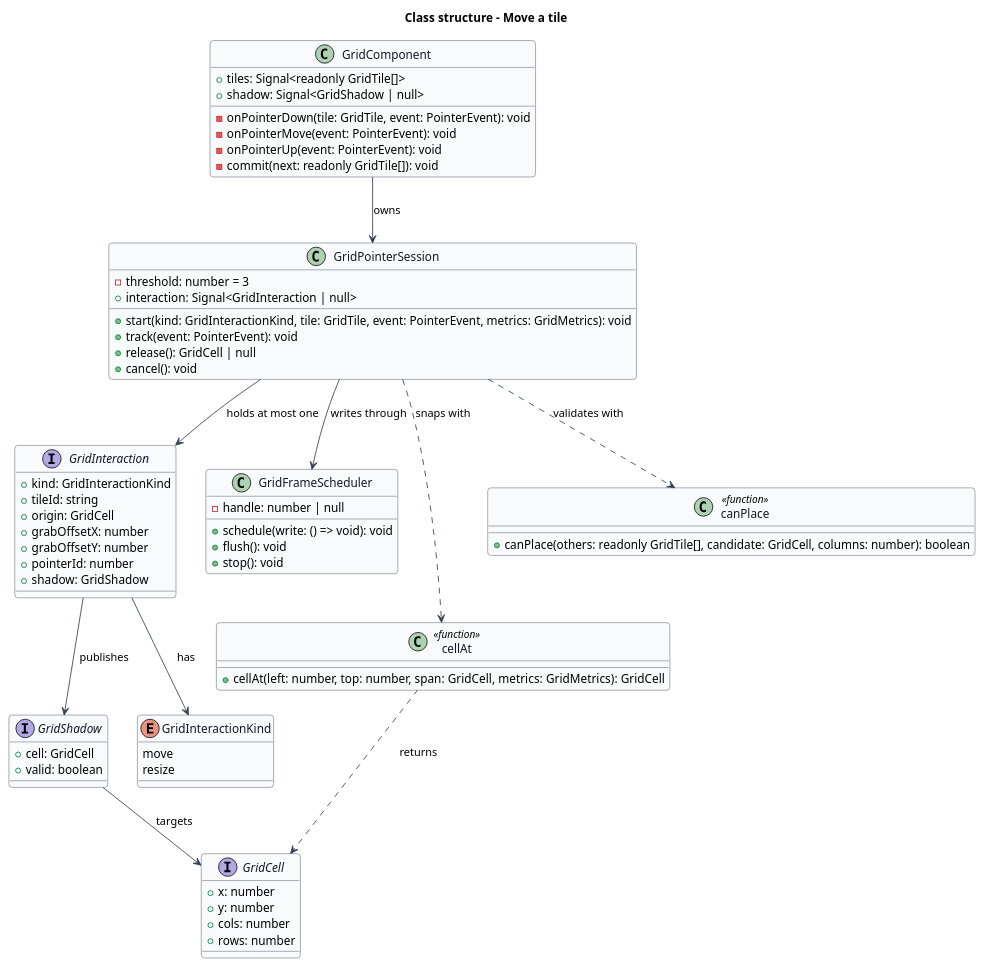
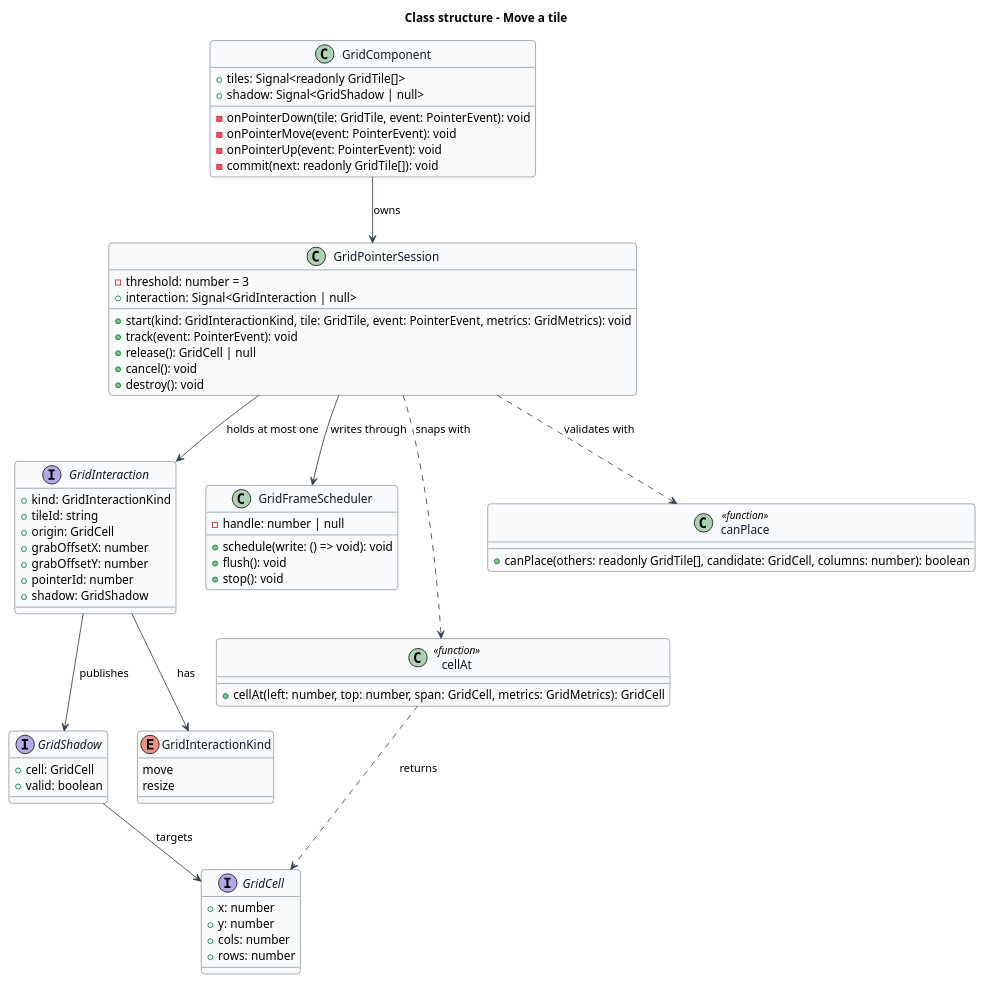
The diagram in docs/detailed-designs/tile-interaction/move-a-tile/diagrams/class-structure.puml (QuinntyneBrown/qbc-grid), drawn with PlantUML before and after one commit. The commit also changed 66 other files, not shown here.

```diff
--- a/docs/detailed-designs/tile-interaction/move-a-tile/diagrams/class-structure.puml
+++ b/docs/detailed-designs/tile-interaction/move-a-tile/diagrams/class-structure.puml
@@ -1,85 +1,86 @@
 @startuml
 ' --- shared skin header ---
 skinparam backgroundColor #FFFFFF
 skinparam shadowing false
 skinparam roundcorner 8
 skinparam defaultFontName Arial
 skinparam ArrowColor #344054
 skinparam class {
   BorderColor #344054
   FontColor #101828
   BackgroundColor #F9FAFB
 }
 ' --------------------------
 title Class structure - Move a tile
 
 interface GridCell {
   +x: number
   +y: number
   +cols: number
   +rows: number
 }
 
 interface GridShadow {
   +cell: GridCell
   +valid: boolean
 }
 
 enum GridInteractionKind {
   move
   resize
 }
 
 interface GridInteraction {
   +kind: GridInteractionKind
   +tileId: string
   +origin: GridCell
   +grabOffsetX: number
   +grabOffsetY: number
   +pointerId: number
   +shadow: GridShadow
 }
 
 class GridPointerSession {
   -threshold: number = 3
   +interaction: Signal<GridInteraction | null>
   +start(kind: GridInteractionKind, tile: GridTile, event: PointerEvent, metrics: GridMetrics): void
   +track(event: PointerEvent): void
   +release(): GridCell | null
   +cancel(): void
+  +destroy(): void
 }
 
 class GridFrameScheduler {
   -handle: number | null
   +schedule(write: () => void): void
   +flush(): void
   +stop(): void
 }
 
 class GridComponent {
   +tiles: Signal<readonly GridTile[]>
   +shadow: Signal<GridShadow | null>
   -onPointerDown(tile: GridTile, event: PointerEvent): void
   -onPointerMove(event: PointerEvent): void
   -onPointerUp(event: PointerEvent): void
   -commit(next: readonly GridTile[]): void
 }
 
 class cellAt <<function>> {
   +cellAt(left: number, top: number, span: GridCell, metrics: GridMetrics): GridCell
 }
 
 class canPlace <<function>> {
   +canPlace(others: readonly GridTile[], candidate: GridCell, columns: number): boolean
 }
 
 GridComponent --> GridPointerSession : owns
 GridPointerSession --> GridInteraction : holds at most one
 GridPointerSession --> GridFrameScheduler : writes through
 GridPointerSession ..> cellAt : snaps with
 GridPointerSession ..> canPlace : validates with
 GridInteraction --> GridShadow : publishes
 GridInteraction --> GridInteractionKind : has
 GridShadow --> GridCell : targets
 cellAt ..> GridCell : returns
 @enduml
```
